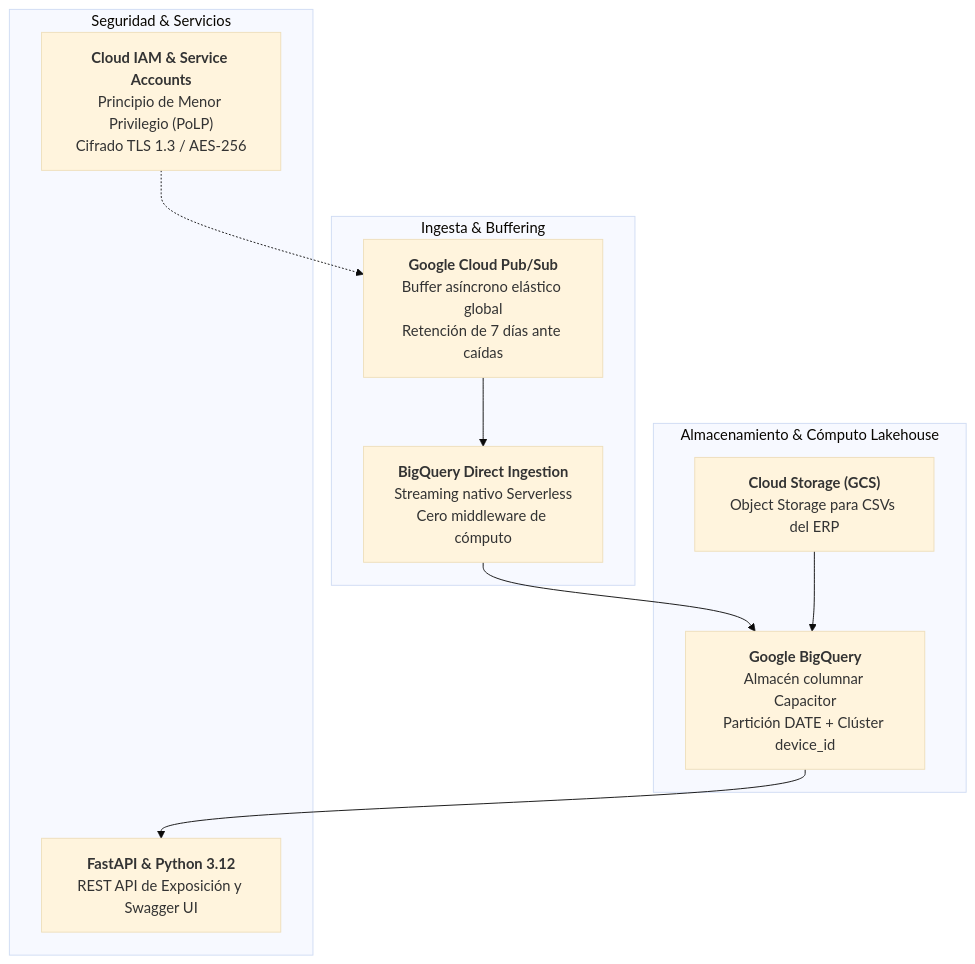
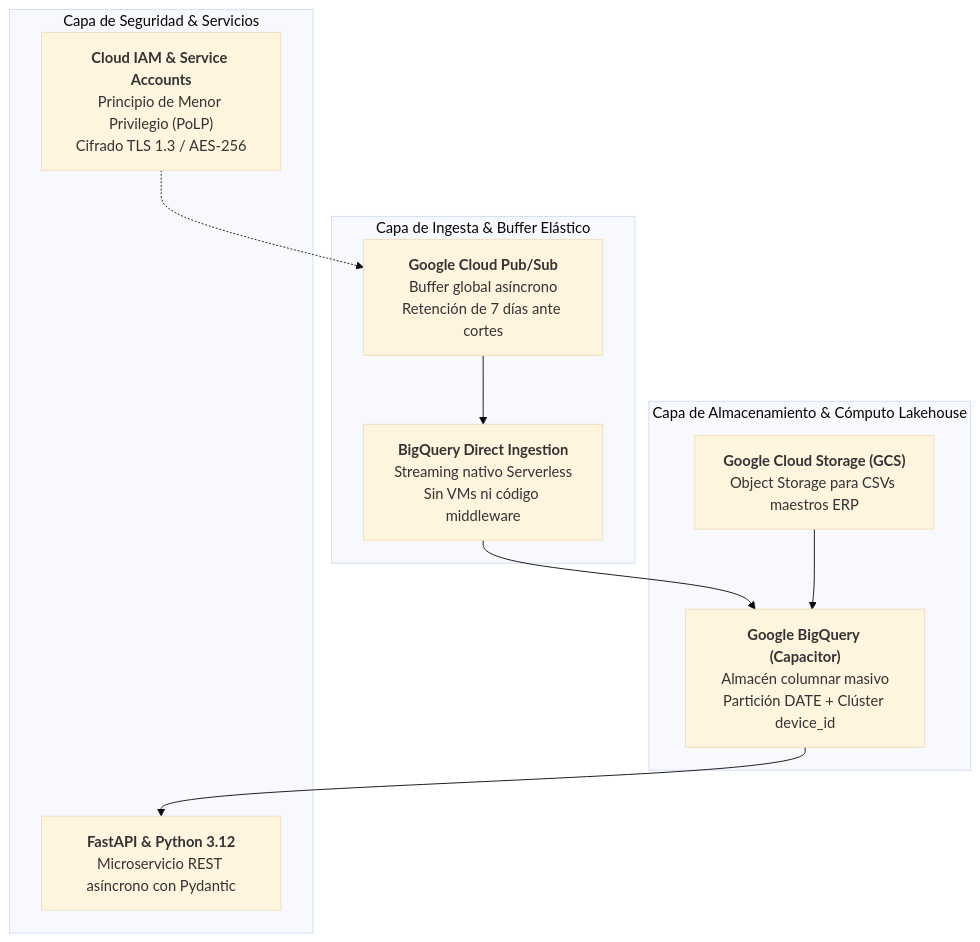
Before and after one commit to gsoto1872-blip/iot-coldchain: the second of 5 diagrams in informe/SLIDES_SUSTENTACION.md, drawn with Mermaid (base theme). The commit also changed other lines of this file and 1 other file, not shown here.

````diff
--- a/informe/SLIDES_SUSTENTACION.md
+++ b/informe/SLIDES_SUSTENTACION.md
@@ -106,22 +161,22 @@
 ```mermaid
 flowchart TD
-    subgraph Ingestion["Ingesta & Buffering"]
-        PS["<b>Google Cloud Pub/Sub</b><br/>Buffer asíncrono elástico global<br/>Retención de 7 días ante caídas"]
-        SubBQ["<b>BigQuery Direct Ingestion</b><br/>Streaming nativo Serverless<br/>Cero middleware de cómputo"]
+    subgraph Ingesta["Capa de Ingesta & Buffer Elástico"]
+        PS["<b>Google Cloud Pub/Sub</b><br/>Buffer global asíncrono<br/>Retención de 7 días ante cortes"]
+        SubBQ["<b>BigQuery Direct Ingestion</b><br/>Streaming nativo Serverless<br/>Sin VMs ni código middleware"]
     end
 
-    subgraph StorageCompute["Almacenamiento & Cómputo Lakehouse"]
-        BQ["<b>Google BigQuery</b><br/>Almacén columnar Capacitor<br/>Partición DATE + Clúster device_id"]
-        GCS["<b>Cloud Storage (GCS)</b><br/>Object Storage para CSVs del ERP"]
+    subgraph Almacenamiento["Capa de Almacenamiento & Cómputo Lakehouse"]
+        BQ["<b>Google BigQuery (Capacitor)</b><br/>Almacén columnar masivo<br/>Partición DATE + Clúster device_id"]
+        GCS["<b>Google Cloud Storage (GCS)</b><br/>Object Storage para CSVs maestros ERP"]
     end
 
-    subgraph SecurityServices["Seguridad & Servicios"]
+    subgraph SeguridadServicios["Capa de Seguridad & Servicios"]
         IAM["<b>Cloud IAM & Service Accounts</b><br/>Principio de Menor Privilegio (PoLP)<br/>Cifrado TLS 1.3 / AES-256"]
-        API["<b>FastAPI & Python 3.12</b><br/>REST API de Exposición y Swagger UI"]
+        API["<b>FastAPI & Python 3.12</b><br/>Microservicio REST asíncrono con Pydantic"]
     end
 
     PS --> SubBQ --> BQ
     GCS --> BQ
     IAM -.-> PS
     BQ --> API
 ```
````
